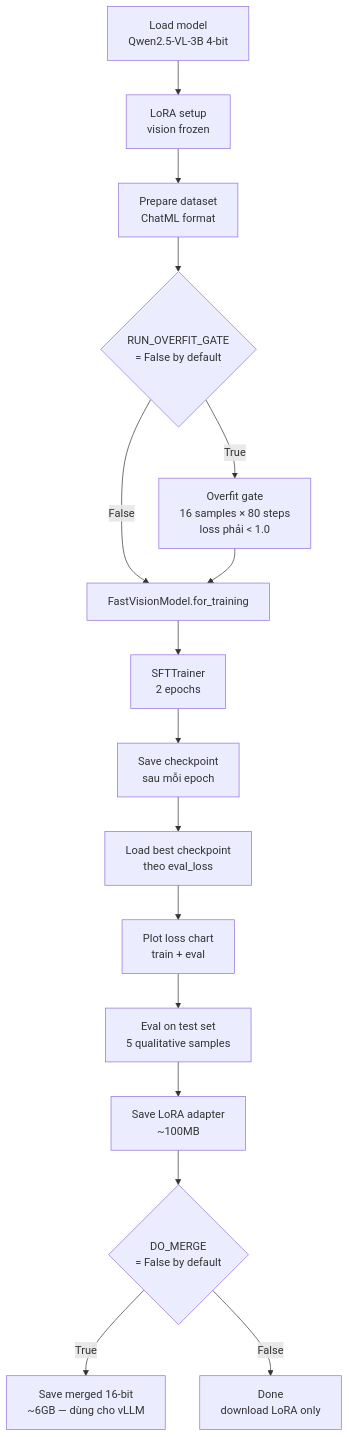
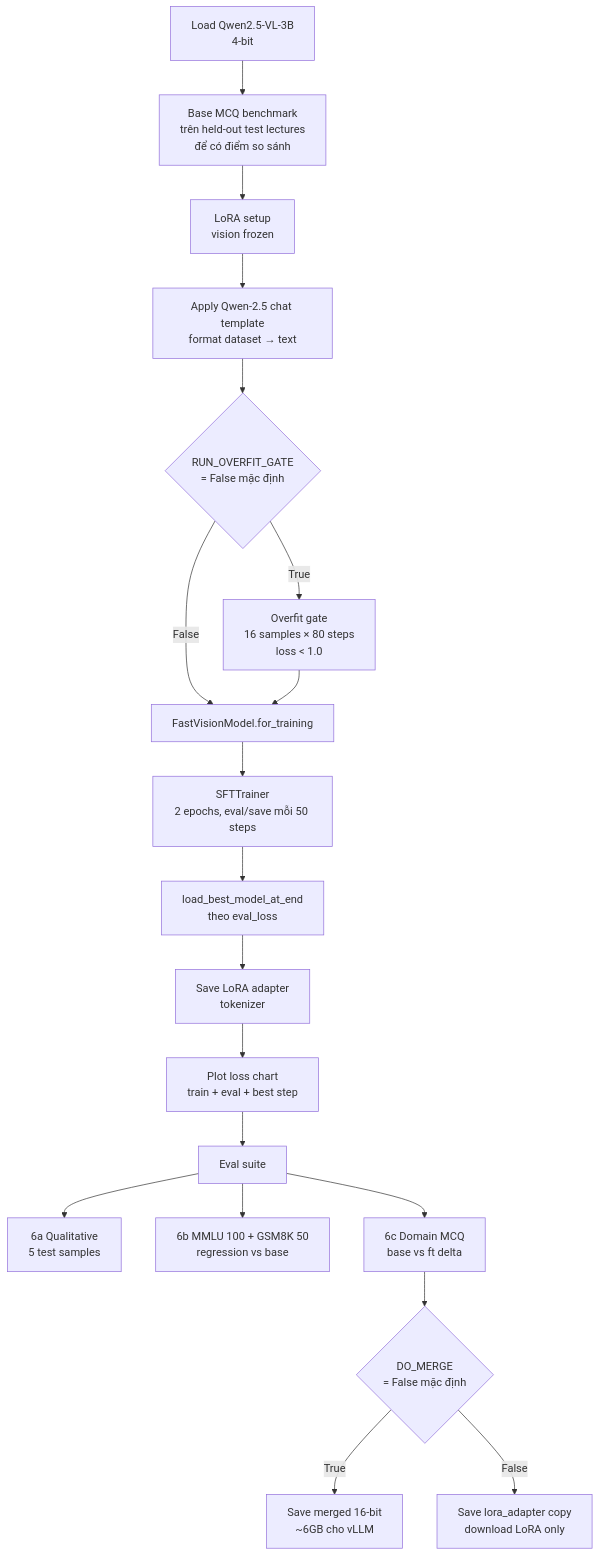
One commit to luannnguyenai/team49-backup changed the fourth of 4 diagrams in fine-tune-chatbot/PIPELINE.md. Above: the diagram before and after it, drawn with Mermaid. The commit also changed other lines of this file, not shown here.

````diff
--- a/fine-tune-chatbot/PIPELINE.md
+++ b/fine-tune-chatbot/PIPELINE.md
@@ -152,18 +176,21 @@
 ```mermaid
 flowchart TD
-    A[Load model\nQwen2.5-VL-3B 4-bit] --> B[LoRA setup\nvision frozen]
-    B --> C[Prepare dataset\nChatML format]
-    C --> D{RUN_OVERFIT_GATE\n= False by default}
-    D -->|True| E[Overfit gate\n16 samples × 80 steps\nloss phải < 1.0]
+    A[Load Qwen2.5-VL-3B<br/>4-bit] --> A2[Base MCQ benchmark<br/>trên held-out test lectures<br/>để có điểm so sánh]
+    A2 --> B[LoRA setup<br/>vision frozen]
+    B --> C[Apply Qwen-2.5 chat template<br/>format dataset → text]
+    C --> D{RUN_OVERFIT_GATE<br/>= False mặc định}
+    D -->|True| E[Overfit gate<br/>16 samples × 80 steps<br/>loss < 1.0]
     D -->|False| F
     E --> F[FastVisionModel.for_training]
-    F --> G[SFTTrainer\n2 epochs]
-    G --> H[Save checkpoint\nsau mỗi epoch]
-    H --> I[Load best checkpoint\ntheo eval_loss]
-    I --> J[Plot loss chart\ntrain + eval]
-    J --> K[Eval on test set\n5 qualitative samples]
-    K --> L[Save LoRA adapter\n~100MB]
-    L --> M{DO_MERGE\n= False by default}
-    M -->|True| N[Save merged 16-bit\n~6GB — dùng cho vLLM]
-    M -->|False| O[Done\ndownload LoRA only]
+    F --> G[SFTTrainer<br/>2 epochs, eval/save mỗi 50 steps]
+    G --> H[load_best_model_at_end<br/>theo eval_loss]
+    H --> I[Save LoRA adapter<br/>tokenizer]
+    I --> J[Plot loss chart<br/>train + eval + best step]
+    J --> K[Eval suite]
+    K --> K1[6a Qualitative<br/>5 test samples]
+    K --> K2[6b MMLU 100 + GSM8K 50<br/>regression vs base]
+    K --> K3[6c Domain MCQ<br/>base vs ft delta]
+    K3 --> L{DO_MERGE<br/>= False mặc định}
+    L -->|True| M[Save merged 16-bit<br/>~6GB cho vLLM]
+    L -->|False| N[Save lora_adapter copy<br/>download LoRA only]
 ```
````
